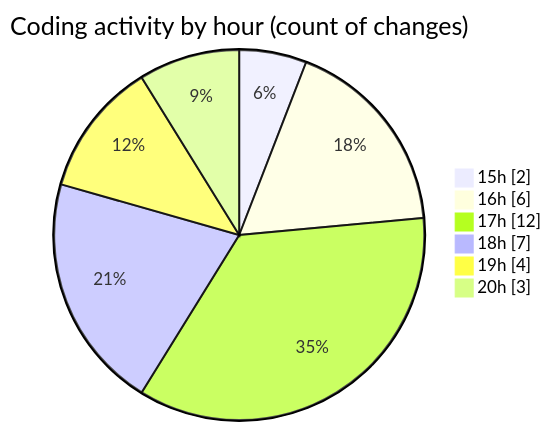
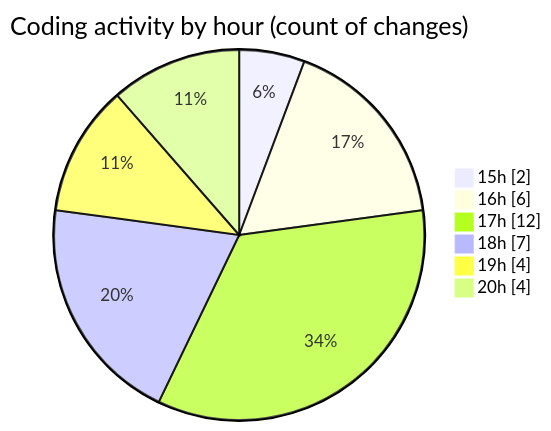
One commit to momahboobian/code-tracking changed the second of 2 diagrams in 2026-04-21/ise-web-ofcom/README.md. Above: the diagram before and after it, drawn with Mermaid. The commit also changed other lines of this file and 1 other file, not shown here.

````diff
--- a/2026-04-21/ise-web-ofcom/README.md
+++ b/2026-04-21/ise-web-ofcom/README.md
@@ -40,10 +40,10 @@
 ```mermaid
 pie showData
 title Coding activity by hour (count of changes)
 "15h" : 2
 "16h" : 6
 "17h" : 12
 "18h" : 7
 "19h" : 4
-"20h" : 3
+"20h" : 4
 ```
````
